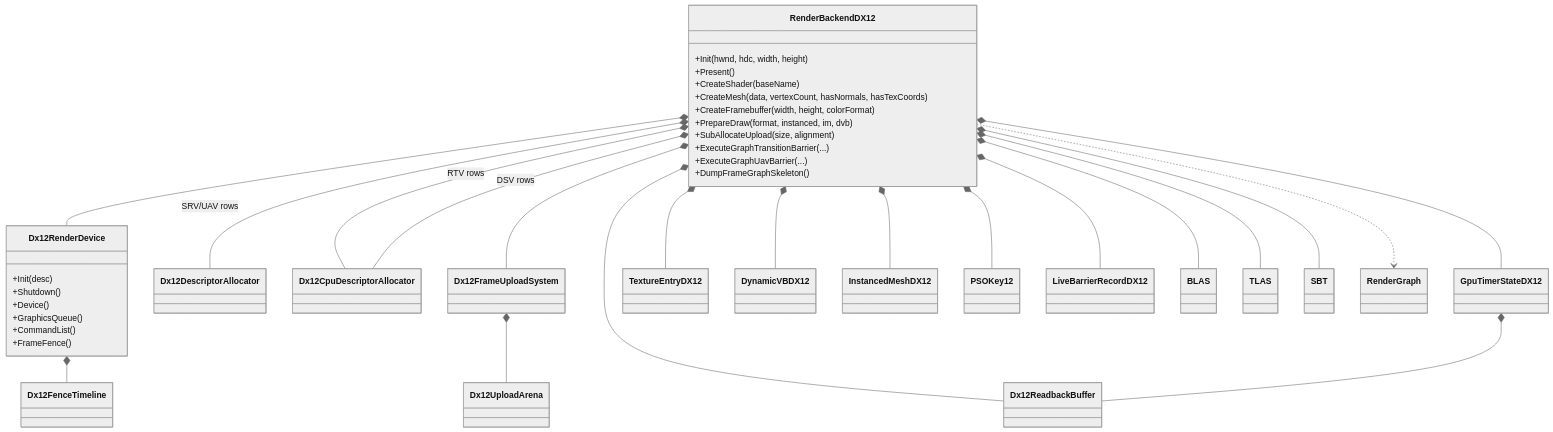
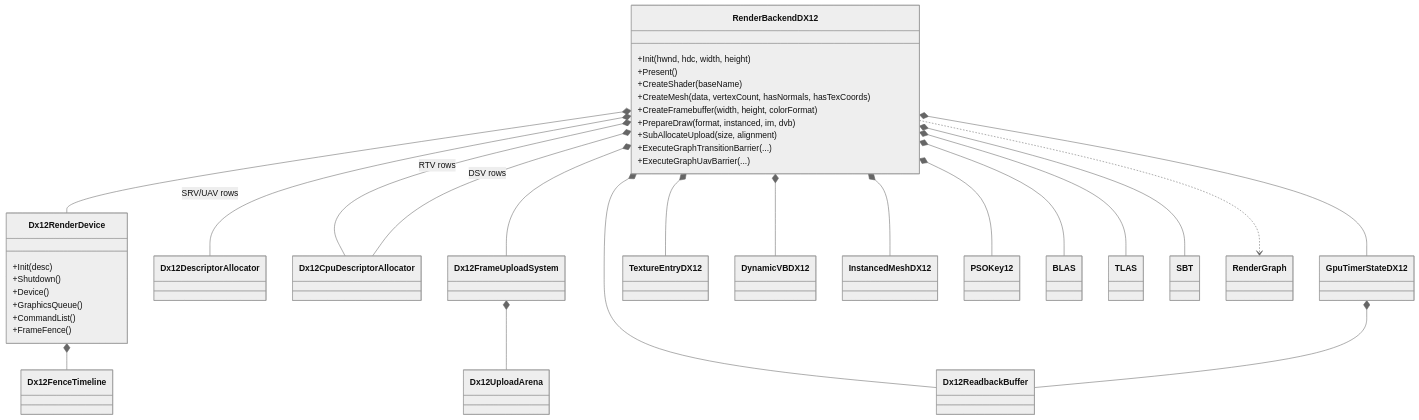
The fourth of 9 diagrams in Agentic/Reference/skullbonez-core-class-structure.md (skullbonez/SkullbonezCore), drawn with Mermaid (neutral theme) before and after one commit. The commit also changed other lines of this file and 18 other files, not shown here.

````diff
--- a/Agentic/Reference/skullbonez-core-class-structure.md
+++ b/Agentic/Reference/skullbonez-core-class-structure.md
@@ -315,64 +315,61 @@
 ```mermaid
 classDiagram
 direction TB
 
 class RenderBackendDX12 {
   +Init(hwnd, hdc, width, height)
   +Present()
   +CreateShader(baseName)
   +CreateMesh(data, vertexCount, hasNormals, hasTexCoords)
   +CreateFramebuffer(width, height, colorFormat)
   +PrepareDraw(format, instanced, im, dvb)
   +SubAllocateUpload(size, alignment)
   +ExecuteGraphTransitionBarrier(...)
   +ExecuteGraphUavBarrier(...)
-  +DumpFrameGraphSkeleton()
 }
 
 class Dx12RenderDevice {
   +Init(desc)
   +Shutdown()
   +Device()
   +GraphicsQueue()
   +CommandList()
   +FrameFence()
 }
 
 class Dx12FenceTimeline
 class Dx12DescriptorAllocator
 class Dx12CpuDescriptorAllocator
 class Dx12FrameUploadSystem
 class Dx12UploadArena
 class Dx12ReadbackBuffer
 class GpuTimerStateDX12
 class TextureEntryDX12
 class DynamicVBDX12
 class InstancedMeshDX12
 class PSOKey12
-class LiveBarrierRecordDX12
 class BLAS
 class TLAS
 class SBT
 class RenderGraph
 
 RenderBackendDX12 *-- Dx12RenderDevice
 RenderBackendDX12 *-- Dx12DescriptorAllocator : SRV/UAV rows
 RenderBackendDX12 *-- Dx12CpuDescriptorAllocator : RTV rows
 RenderBackendDX12 *-- Dx12CpuDescriptorAllocator : DSV rows
 RenderBackendDX12 *-- Dx12FrameUploadSystem
 RenderBackendDX12 *-- Dx12ReadbackBuffer
 RenderBackendDX12 *-- GpuTimerStateDX12
 RenderBackendDX12 *-- TextureEntryDX12
 RenderBackendDX12 *-- DynamicVBDX12
 RenderBackendDX12 *-- InstancedMeshDX12
 RenderBackendDX12 *-- PSOKey12
-RenderBackendDX12 *-- LiveBarrierRecordDX12
 RenderBackendDX12 *-- BLAS
 RenderBackendDX12 *-- TLAS
 RenderBackendDX12 *-- SBT
 RenderBackendDX12 ..> RenderGraph
 
 Dx12RenderDevice *-- Dx12FenceTimeline
 Dx12FrameUploadSystem *-- Dx12UploadArena
 GpuTimerStateDX12 *-- Dx12ReadbackBuffer
 ```
````
